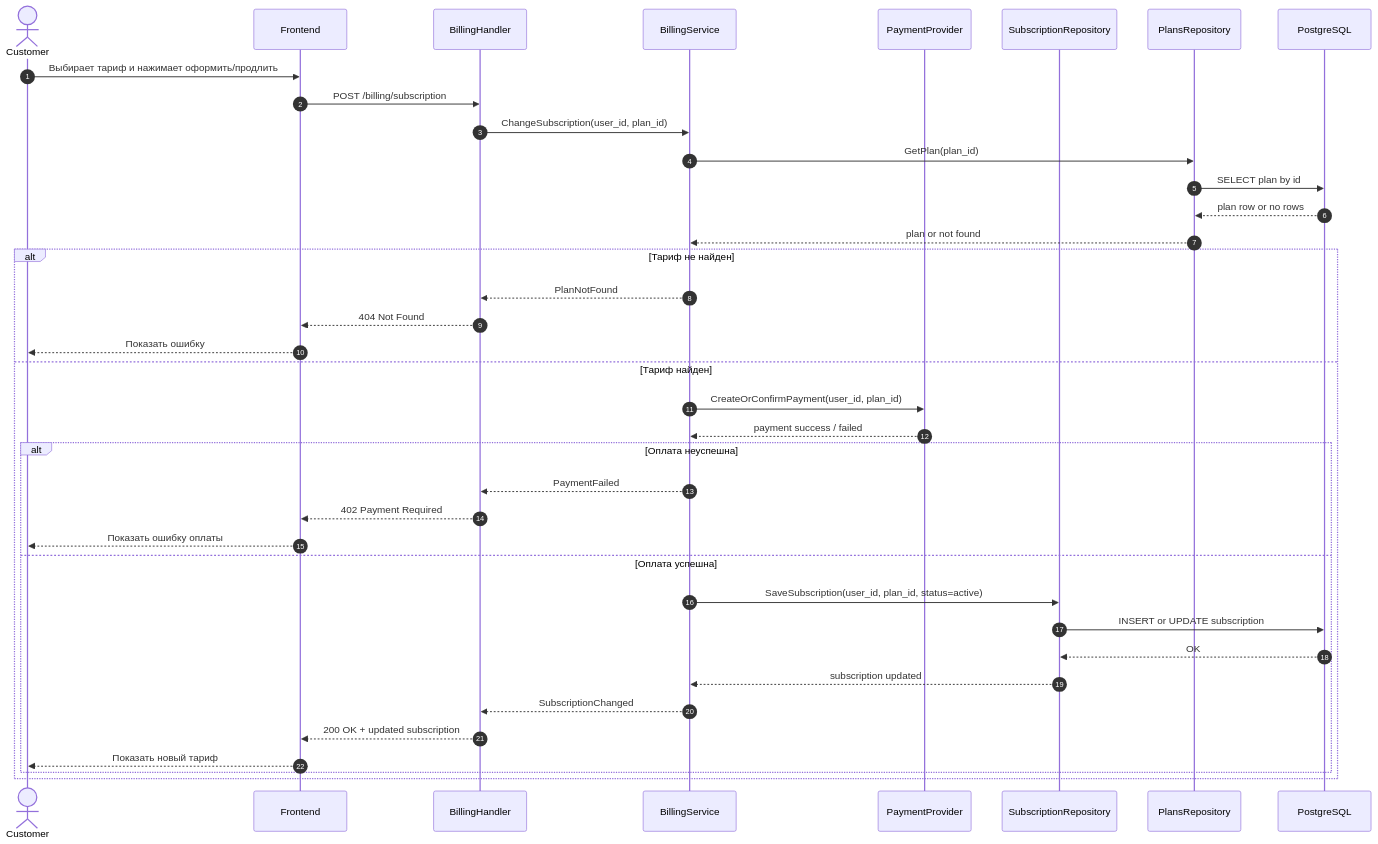
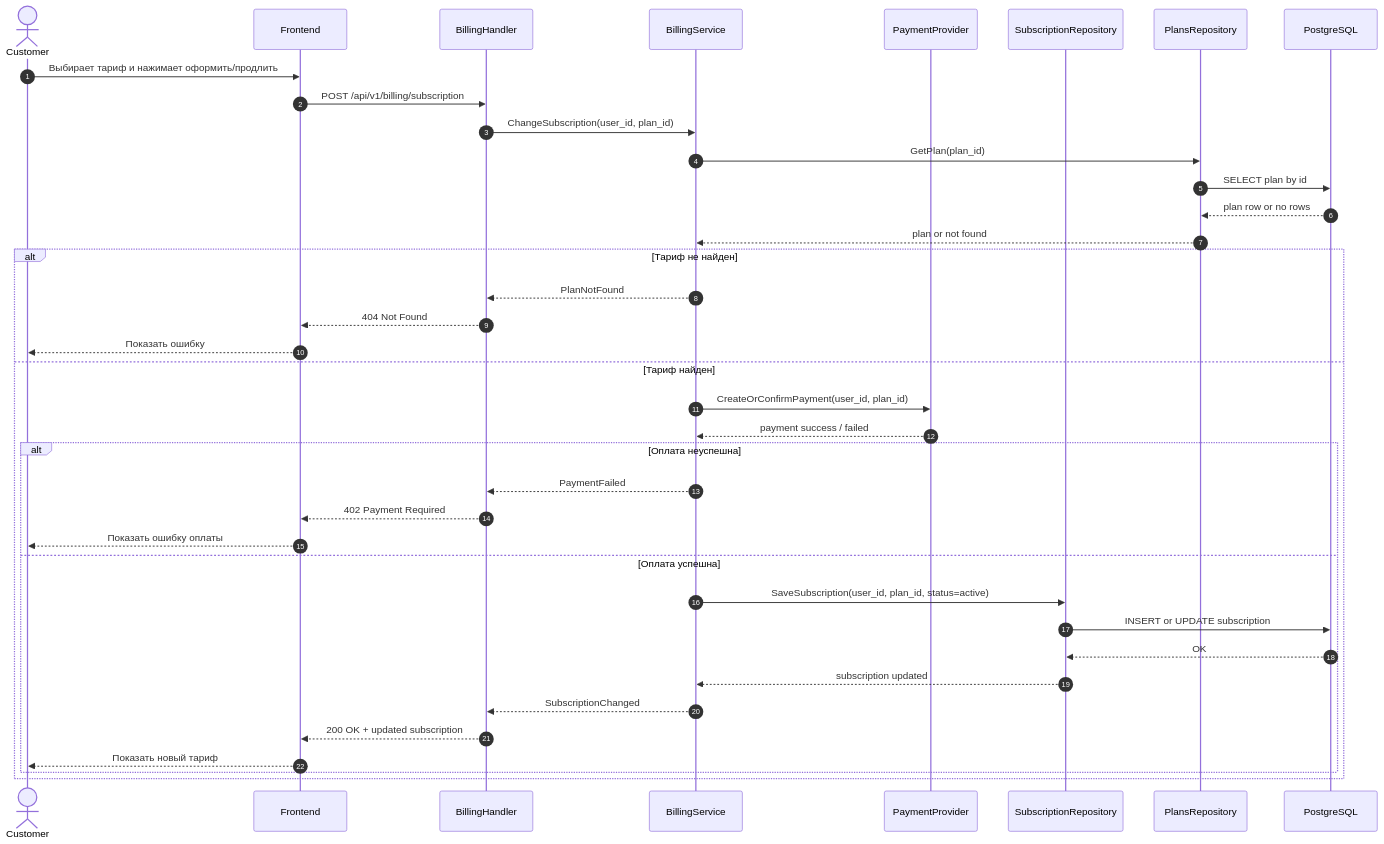
Before and after one commit to k3llone/TrackLink: the diagram in docs/Sequence/SD-26.md, drawn with Mermaid. The commit also changed other lines of this file and 33 other files, not shown here.

````diff
--- a/docs/Sequence/SD-26.md
+++ b/docs/Sequence/SD-26.md
@@ -3,47 +5,47 @@
 ```mermaid
 sequenceDiagram
     autonumber
 
     actor Customer
     participant FE as Frontend
     participant BH as BillingHandler
     participant BS as BillingService
     participant PP as PaymentProvider
     participant SR as SubscriptionRepository
     participant PR as PlansRepository
     participant DB as PostgreSQL
 
     Customer->>FE: Выбирает тариф и нажимает оформить/продлить
-    FE->>BH: POST /billing/subscription
+    FE->>BH: POST /api/v1/billing/subscription
 
     BH->>BS: ChangeSubscription(user_id, plan_id)
 
     BS->>PR: GetPlan(plan_id)
     PR->>DB: SELECT plan by id
     DB-->>PR: plan row or no rows
     PR-->>BS: plan or not found
 
     alt Тариф не найден
         BS-->>BH: PlanNotFound
         BH-->>FE: 404 Not Found
         FE-->>Customer: Показать ошибку
     else Тариф найден
         BS->>PP: CreateOrConfirmPayment(user_id, plan_id)
         PP-->>BS: payment success / failed
 
         alt Оплата неуспешна
             BS-->>BH: PaymentFailed
             BH-->>FE: 402 Payment Required
             FE-->>Customer: Показать ошибку оплаты
         else Оплата успешна
             BS->>SR: SaveSubscription(user_id, plan_id, status=active)
             SR->>DB: INSERT or UPDATE subscription
             DB-->>SR: OK
             SR-->>BS: subscription updated
 
             BS-->>BH: SubscriptionChanged
             BH-->>FE: 200 OK + updated subscription
             FE-->>Customer: Показать новый тариф
         end
     end
 ```
````
